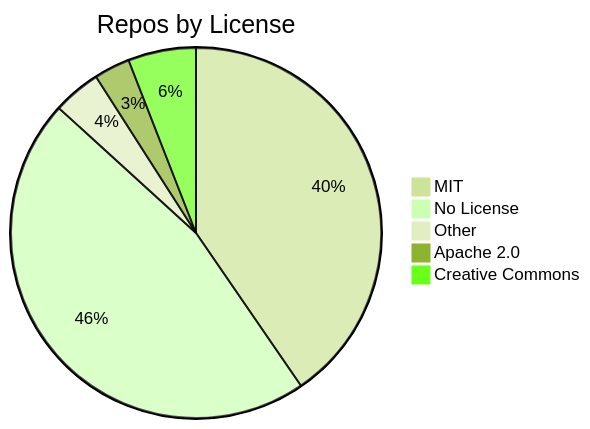
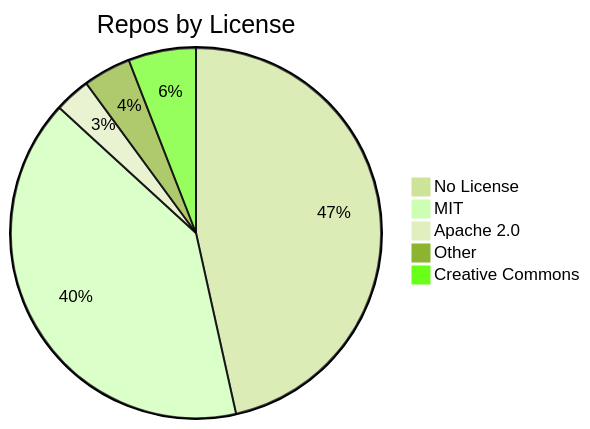
One commit to jpatterson933/awesome-mcp-server-repo-index changed the diagram in README.md. Above: the diagram before and after it, drawn with Mermaid (forest theme). The commit also changed other lines of this file and 3 other files, not shown here.

````diff
--- a/README.md
+++ b/README.md
@@ -29,8 +29,8 @@
 ```mermaid
 pie title Repos by License
+    "No License" : 134
     "MIT" : 116
-    "No License" : 133
+    "Apache 2.0" : 9
     "Other" : 12
-    "Apache 2.0" : 9
     "Creative Commons" : 17
 ```
````
